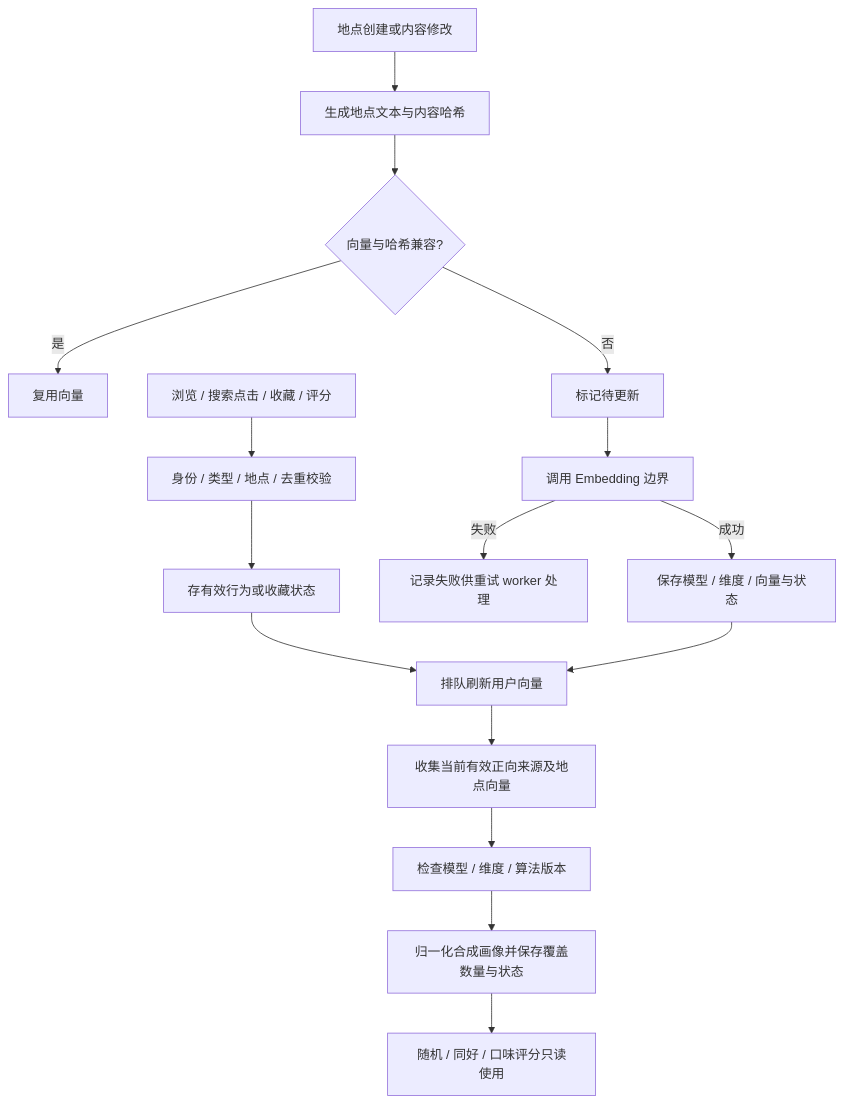
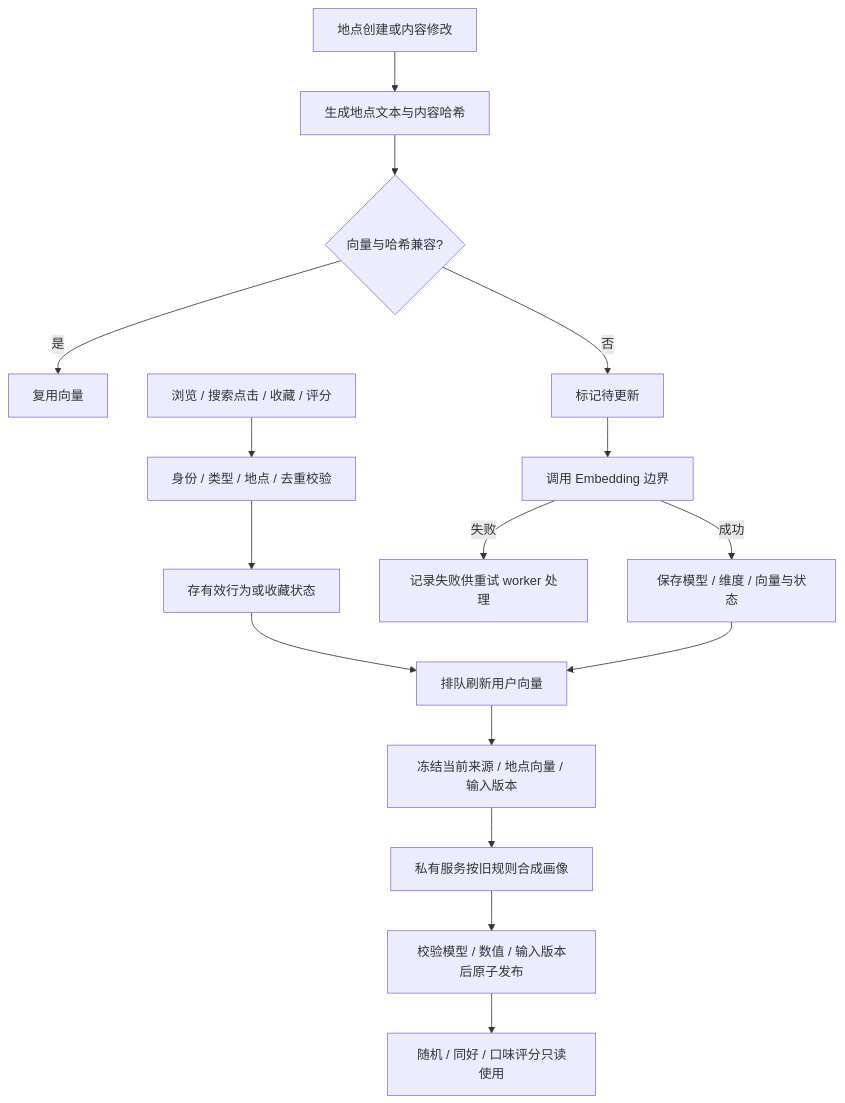
Before and after one commit to DinnerpartyFoodMap/dinnerparty_community: the diagram in backend/modules/preferences/doc/README.md, drawn with Mermaid. The commit also changed other lines of this file and 106 other files, not shown here.

````diff
--- a/backend/modules/preferences/doc/README.md
+++ b/backend/modules/preferences/doc/README.md
@@ -5,18 +5,18 @@
 ```mermaid
 flowchart TD
     Place[地点创建或内容修改] --> Hash[生成地点文本与内容哈希]
     Hash --> Same{向量与哈希兼容?}
     Same -->|是| Reuse[复用向量]
     Same -->|否| Pending[标记待更新]
     Pending --> Embedding[调用 Embedding 边界]
     Embedding -->|成功| Save[保存模型 / 维度 / 向量与状态]
     Embedding -->|失败| Retry[记录失败供重试 worker 处理]
     Behavior[浏览 / 搜索点击 / 收藏 / 评分] --> Validate[身份 / 类型 / 地点 / 去重校验]
     Validate --> Event[存有效行为或收藏状态]
     Event --> Queue[排队刷新用户向量]
     Save --> Queue
-    Queue --> Sources[收集当前有效正向来源及地点向量]
-    Sources --> Compatible[检查模型 / 维度 / 算法版本]
-    Compatible --> Profile[归一化合成画像并保存覆盖数量与状态]
+    Queue --> Sources[冻结当前来源 / 地点向量 / 输入版本]
+    Sources --> Compatible[私有服务按旧规则合成画像]
+    Compatible --> Profile[校验模型 / 数值 / 输入版本后原子发布]
     Profile --> Consumers[随机 / 同好 / 口味评分只读使用]
 ```
````
